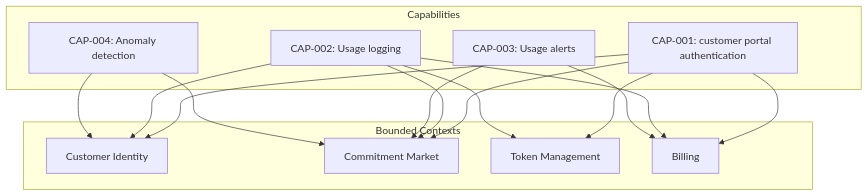
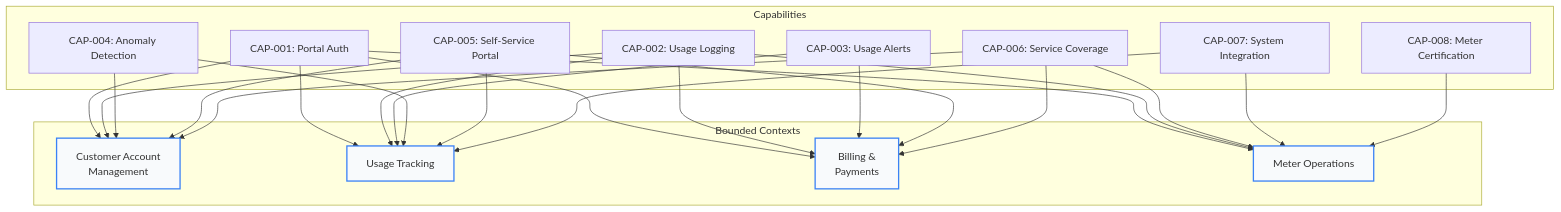
The first of 2 diagrams in docs/capabilities/index.md (esimplicityinc/water-demo), drawn with Mermaid before and after one commit. The commit also changed other lines of this file and 39 other files, not shown here.

````diff
--- a/docs/capabilities/index.md
+++ b/docs/capabilities/index.md
@@ -18,32 +234,54 @@
 ```mermaid
 graph TB
     subgraph "Capabilities"
-        C1[CAP-001: customer portal authentication]
-        C2[CAP-002: Usage logging]
-        C3[CAP-003: Usage alerts]
-        C4[CAP-004: Anomaly detection]
+        C1[CAP-001: Portal Auth]
+        C2[CAP-002: Usage Logging]
+        C3[CAP-003: Usage Alerts]
+        C4[CAP-004: Anomaly Detection]
+        C5[CAP-005: Self-Service Portal]
+        C6[CAP-006: Service Coverage]
+        C7[CAP-007: System Integration]
+        C8[CAP-008: Meter Certification]
     end
-    
+
     subgraph "Bounded Contexts"
-        BC1[Customer Identity]
-        BC2[Commitment Market]
-        BC3[Token Management]
-        BC4[Billing]
+        BC1[Customer Account<br/>Management]
+        BC2[Usage Tracking]
+        BC3[Billing &<br/>Payments]
+        BC4[Meter Operations]
     end
-    
+
     C1 --> BC1
     C1 --> BC2
     C1 --> BC3
     C1 --> BC4
-    
+
     C2 --> BC1
     C2 --> BC2
     C2 --> BC3
     C2 --> BC4
-    
+
     C3 --> BC2
-    C3 --> BC4
-    
+    C3 --> BC3
+
     C4 --> BC1
     C4 --> BC2
+
+    C5 --> BC1
+    C5 --> BC2
+    C5 --> BC3
+
+    C6 --> BC1
+    C6 --> BC3
+    C6 --> BC4
+
+    C7 --> BC4
+    C7 --> BC2
+
+    C8 --> BC4
+
+    style BC1 fill:#f8fafc,stroke:#3b82f6,stroke-width:2px
+    style BC2 fill:#f8fafc,stroke:#3b82f6,stroke-width:2px
+    style BC3 fill:#f8fafc,stroke:#3b82f6,stroke-width:2px
+    style BC4 fill:#f8fafc,stroke:#3b82f6,stroke-width:2px
 ```
````
